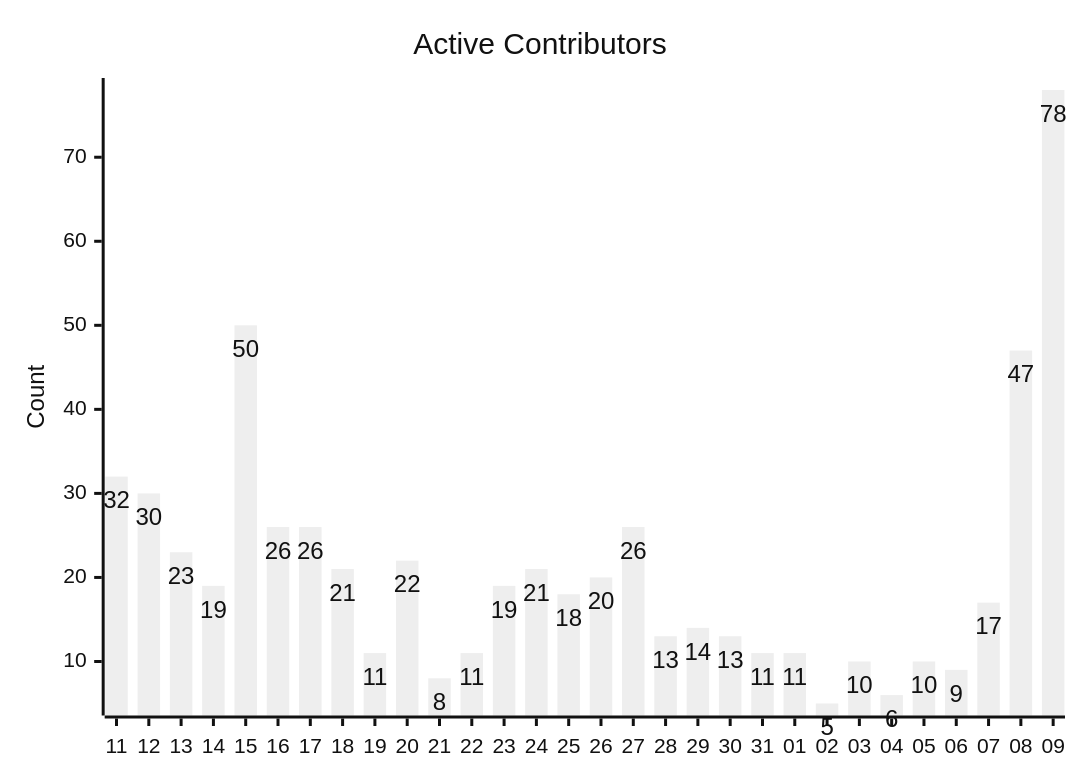
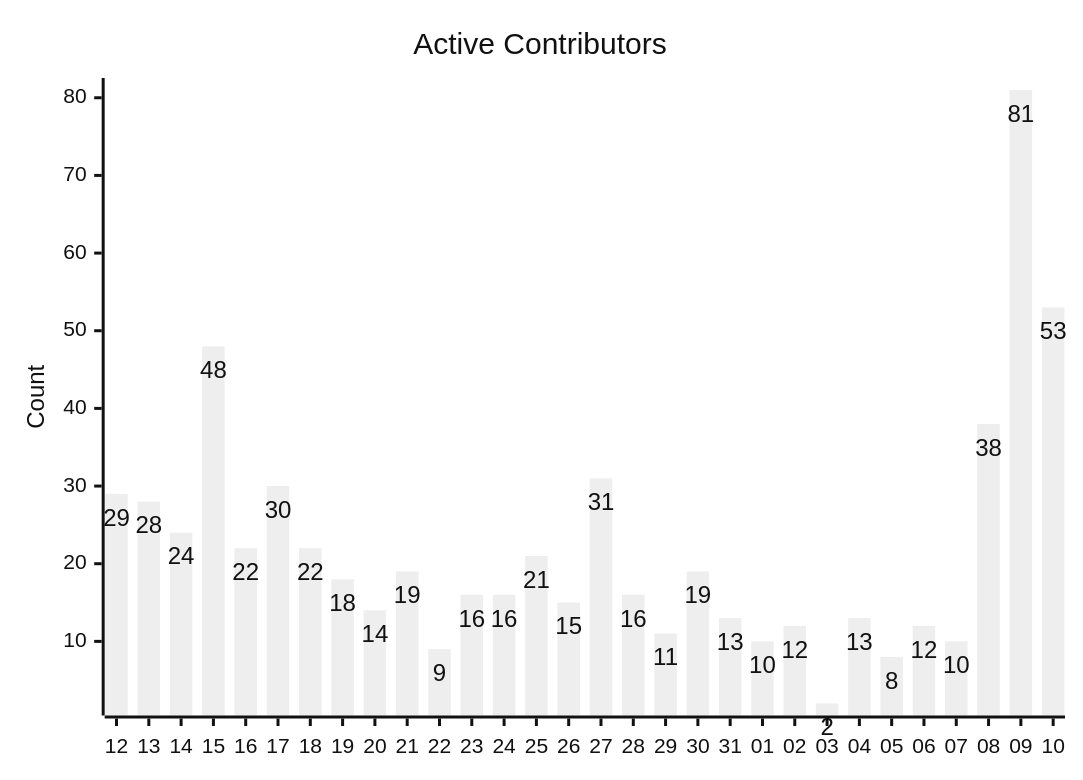
One commit to cocosheng-g/gemini-cli changed the fifth of 7 diagrams in triage/CONTRIBUTION_METRICS.md. Above: the diagram before and after it, drawn with Mermaid (neutral theme). The commit also changed other lines of this file, not shown here.

````diff
--- a/triage/CONTRIBUTION_METRICS.md
+++ b/triage/CONTRIBUTION_METRICS.md
@@ -92,12 +92,12 @@
 ```mermaid
 ---
 config:
   xyChart:
     showDataLabel: true
 ---
 xychart-beta
     title "Active Contributors"
-    x-axis ["11", "12​", "13​​", "14​​​", "15​​​​", "16​​​​​", "17​​​​​​", "18​​​​​​​", "19​​​​​​​​", "20​​​​​​​​​", "21​​​​​​​​​​", "22​​​​​​​​​​​", "23​​​​​​​​​​​​", "24​​​​​​​​​​​​​", "25​​​​​​​​​​​​​​", "26​​​​​​​​​​​​​​​", "27​​​​​​​​​​​​​​​​", "28​​​​​​​​​​​​​​​​​", "29​​​​​​​​​​​​​​​​​​", "30​​​​​​​​​​​​​​​​​​​", "31​​​​​​​​​​​​​​​​​​​​", "01​​​​​​​​​​​​​​​​​​​​​", "02​​​​​​​​​​​​​​​​​​​​​​", "03​​​​​​​​​​​​​​​​​​​​​​​", "04​​​​​​​​​​​​​​​​​​​​​​​​", "05​​​​​​​​​​​​​​​​​​​​​​​​​", "06​​​​​​​​​​​​​​​​​​​​​​​​​​", "07​​​​​​​​​​​​​​​​​​​​​​​​​​​", "08​​​​​​​​​​​​​​​​​​​​​​​​​​​​", "09​​​​​​​​​​​​​​​​​​​​​​​​​​​​​"]
+    x-axis ["12", "13​", "14​​", "15​​​", "16​​​​", "17​​​​​", "18​​​​​​", "19​​​​​​​", "20​​​​​​​​", "21​​​​​​​​​", "22​​​​​​​​​​", "23​​​​​​​​​​​", "24​​​​​​​​​​​​", "25​​​​​​​​​​​​​", "26​​​​​​​​​​​​​​", "27​​​​​​​​​​​​​​​", "28​​​​​​​​​​​​​​​​", "29​​​​​​​​​​​​​​​​​", "30​​​​​​​​​​​​​​​​​​", "31​​​​​​​​​​​​​​​​​​​", "01​​​​​​​​​​​​​​​​​​​​", "02​​​​​​​​​​​​​​​​​​​​​", "03​​​​​​​​​​​​​​​​​​​​​​", "04​​​​​​​​​​​​​​​​​​​​​​​", "05​​​​​​​​​​​​​​​​​​​​​​​​", "06​​​​​​​​​​​​​​​​​​​​​​​​​", "07​​​​​​​​​​​​​​​​​​​​​​​​​​", "08​​​​​​​​​​​​​​​​​​​​​​​​​​​", "09​​​​​​​​​​​​​​​​​​​​​​​​​​​​", "10​​​​​​​​​​​​​​​​​​​​​​​​​​​​​"]
     y-axis "Count"
-    bar [32, 30, 23, 19, 50, 26, 26, 21, 11, 22, 8, 11, 19, 21, 18, 20, 26, 13, 14, 13, 11, 11, 5, 10, 6, 10, 9, 17, 47, 78]
+    bar [29, 28, 24, 48, 22, 30, 22, 18, 14, 19, 9, 16, 16, 21, 15, 31, 16, 11, 19, 13, 10, 12, 2, 13, 8, 12, 10, 38, 81, 53]
 ```
````
